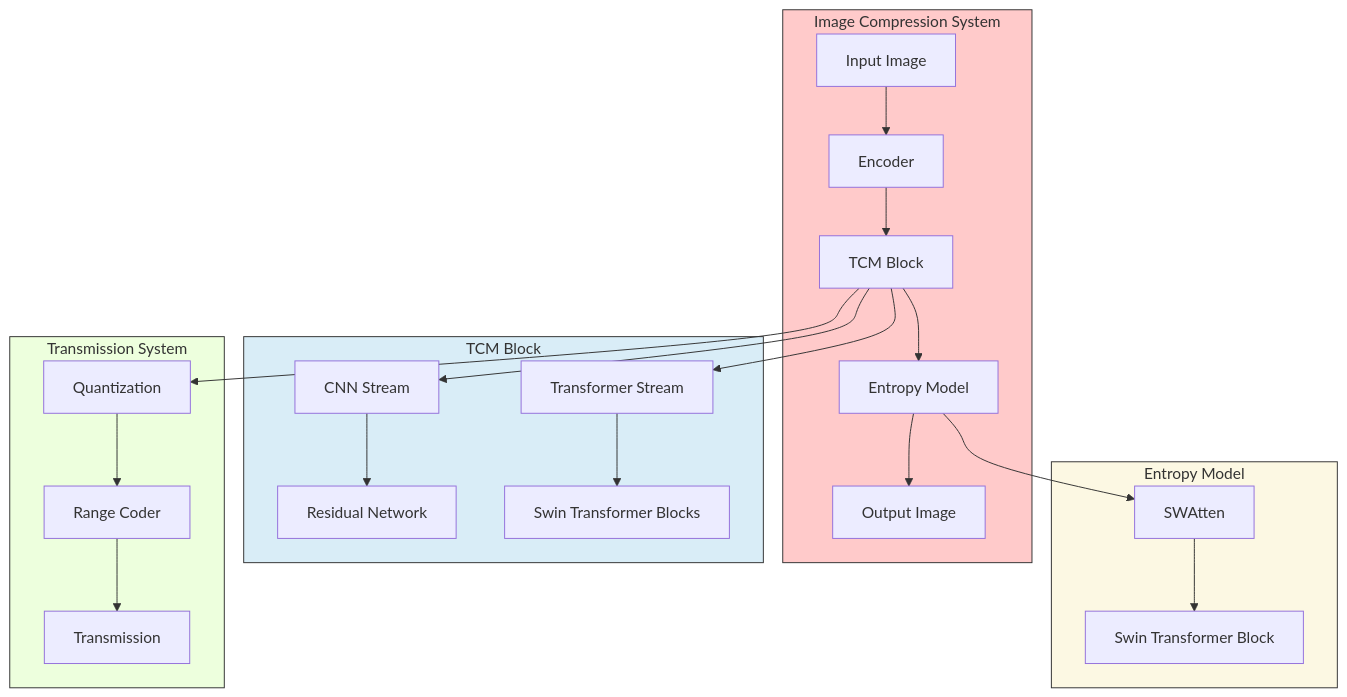
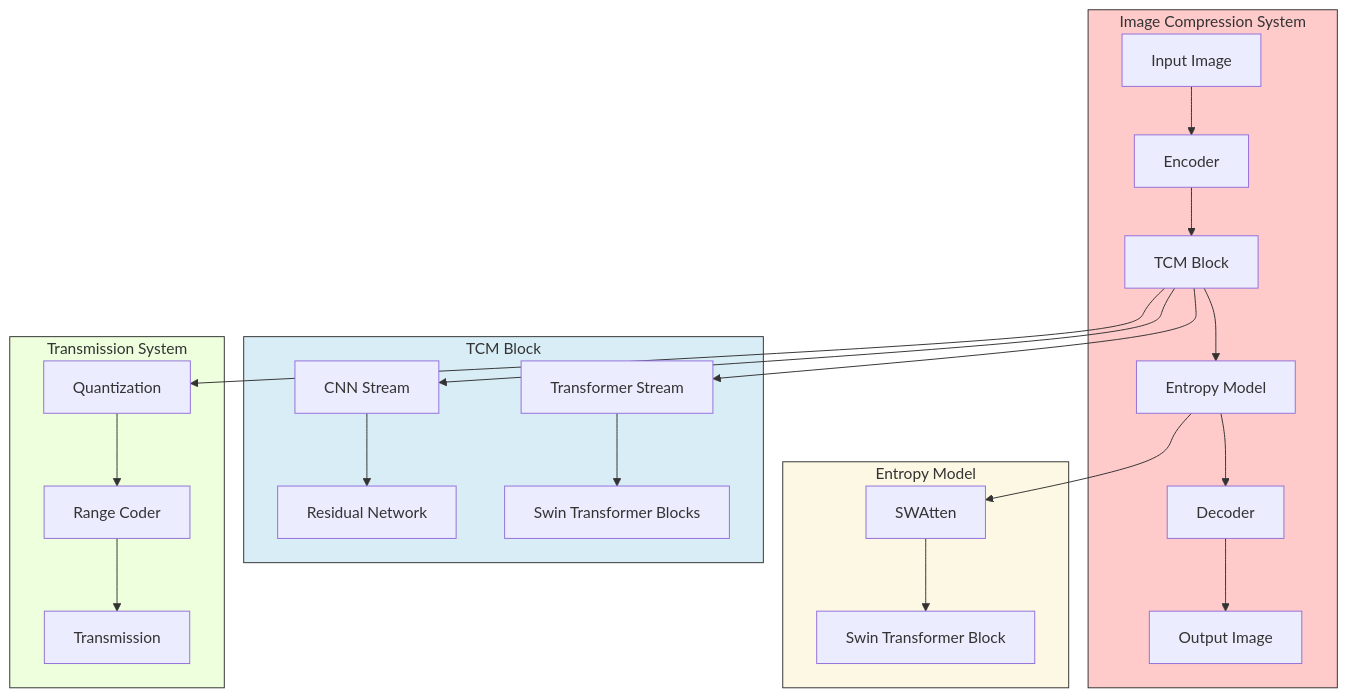
Before and after one commit to aryanv8/notes: diagram 17 of 26 in Compression System Architecture.md, drawn with Mermaid.

Commit message:
vault backup: 2024-04-09 16:04:21

````diff
--- a/Compression System Architecture.md
+++ b/Compression System Architecture.md
@@ -383,31 +383,32 @@
 ```mermaid
 %% Data Flow Diagram
 graph TD
     subgraph ImageCompressionSystem[Image Compression System]
         A[Input Image] --> B[Encoder]
         B --> C[TCM Block]
         C --> D[Entropy Model]
-        D --> E[Output Image]
+        D --> P[Decoder]
+        P --> E[Output Image]
         style ImageCompressionSystem fill:#ffcaca,stroke:#333
     end
     subgraph TCMBlock[TCM Block]
         C --> I[CNN Stream]
         C --> J[Transformer Stream]
         I --> K[Residual Network]
         J --> L[Swin Transformer Blocks]
         style TCMBlock fill:#d9edf7,stroke:#333
     end
     subgraph EntropyModel[Entropy Model]
         D --> M[SWAtten]
         M --> N[Swin Transformer Block]
         style EntropyModel fill:#fcf8e3,stroke:#333
     end
     subgraph TransmissionSystem[Transmission System]
         C --> F[Quantization]
         F --> G[Range Coder]
         G --> H[Transmission]
         style TransmissionSystem fill:#edffdd,stroke:#333
     end
 
 
 ```
````
